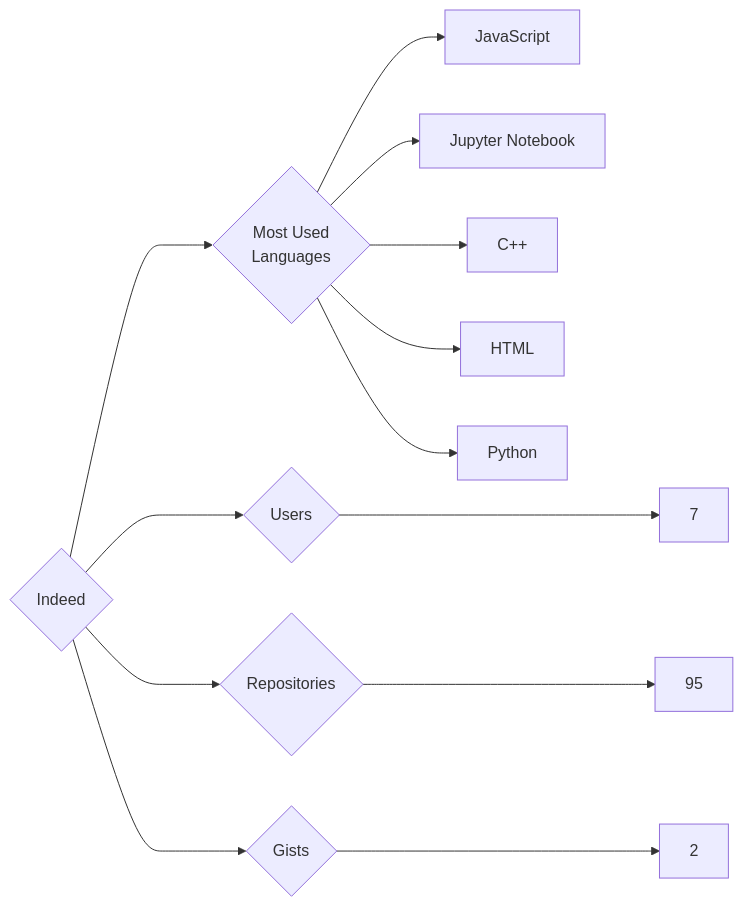
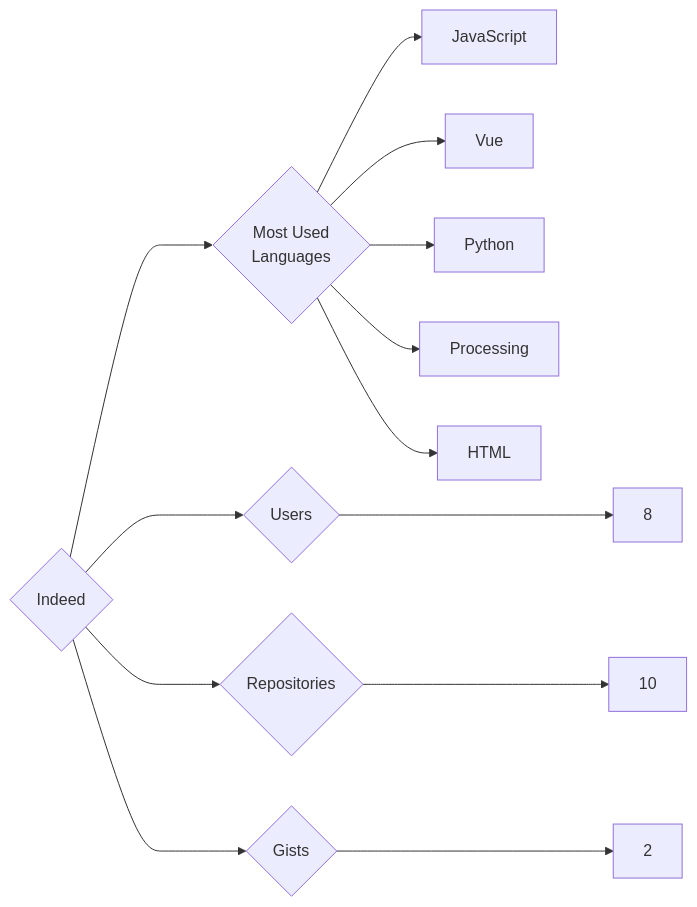
One commit to trickest/insiders changed the diagram in targets/Indeed/README.md. Above: the diagram before and after it, drawn with Mermaid. The commit also changed 644 other files, not shown here.

````diff
--- a/targets/Indeed/README.md
+++ b/targets/Indeed/README.md
@@ -3,13 +3,13 @@
 ```mermaid
 graph LR
 COMPANY_NAME{Indeed}
-COMPANY_NAME ---> U{Users} ---> UN[7]
-COMPANY_NAME ---> R{Repositories} ---> RN[95]
+COMPANY_NAME ---> U{Users} ---> UN[8]
+COMPANY_NAME ---> R{Repositories} ---> RN[10]
 COMPANY_NAME ---> G{Gists} ---> GN[2]
 COMPANY_NAME ---> ML{Most Used<br>Languages}
 ML --> JavaScript[JavaScript]
-ML --> Jupyter_Notebook[Jupyter Notebook]
-ML --> C++[C++]
+ML --> Vue[Vue]
+ML --> Python[Python]
+ML --> Processing[Processing]
 ML --> HTML[HTML]
-ML --> Python[Python]
 ```
````
